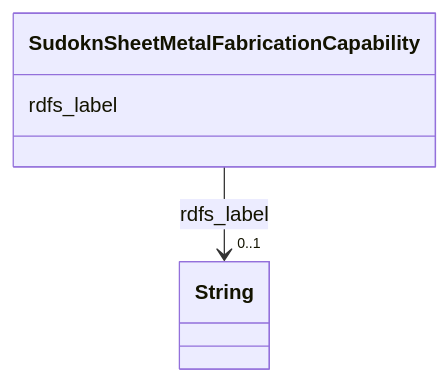
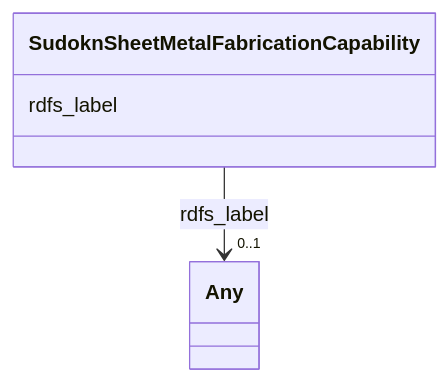
Before and after one commit to frink-okn/graph-descriptions: the diagram in sudokn-kg/classes/SudoknSheetMetalFabricationCapability.md, drawn with Mermaid. The commit also changed other lines of this file and 903 other files, not shown here.

````diff
--- a/sudokn-kg/classes/SudoknSheetMetalFabricationCapability.md
+++ b/sudokn-kg/classes/SudoknSheetMetalFabricationCapability.md
@@ -23,15 +18,15 @@
 ```mermaid
  classDiagram
     class SudoknSheetMetalFabricationCapability
     click SudoknSheetMetalFabricationCapability href "../SudoknSheetMetalFabricationCapability"
       SudoknSheetMetalFabricationCapability : rdfs_label
         
           
     
     
-    SudoknSheetMetalFabricationCapability --> "0..1" String : rdfs_label
-    click String href "../String"
+    SudoknSheetMetalFabricationCapability --> "0..1" Any : rdfs_label
+    click Any href "../Any"
 
         
       
 ```
````
